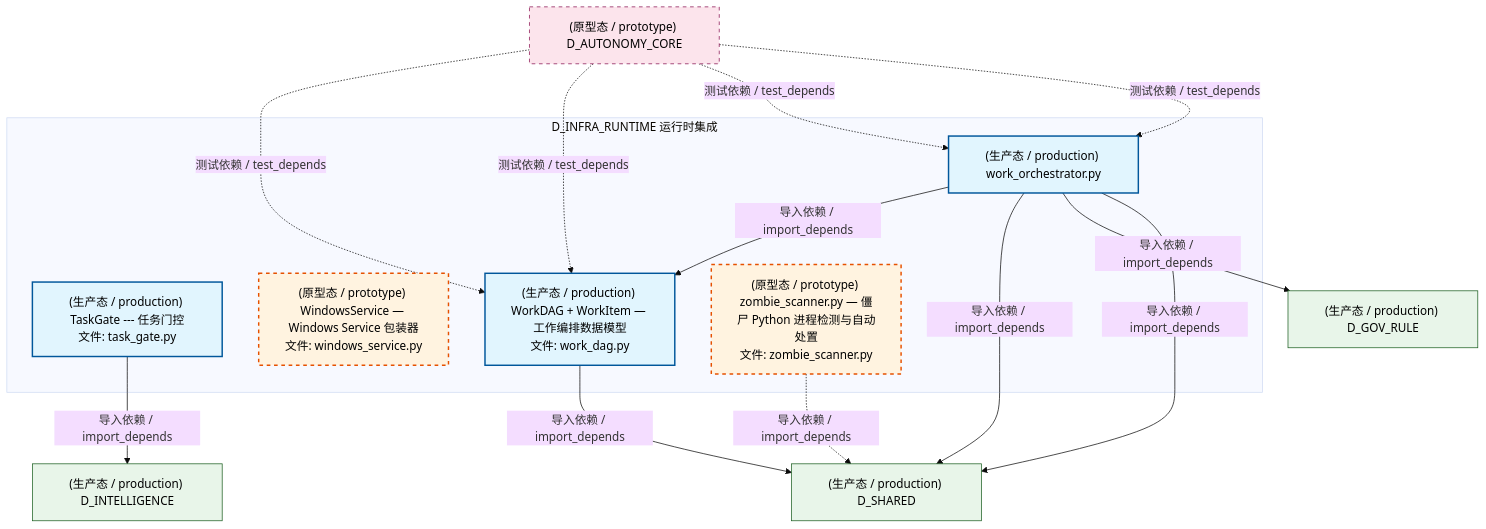
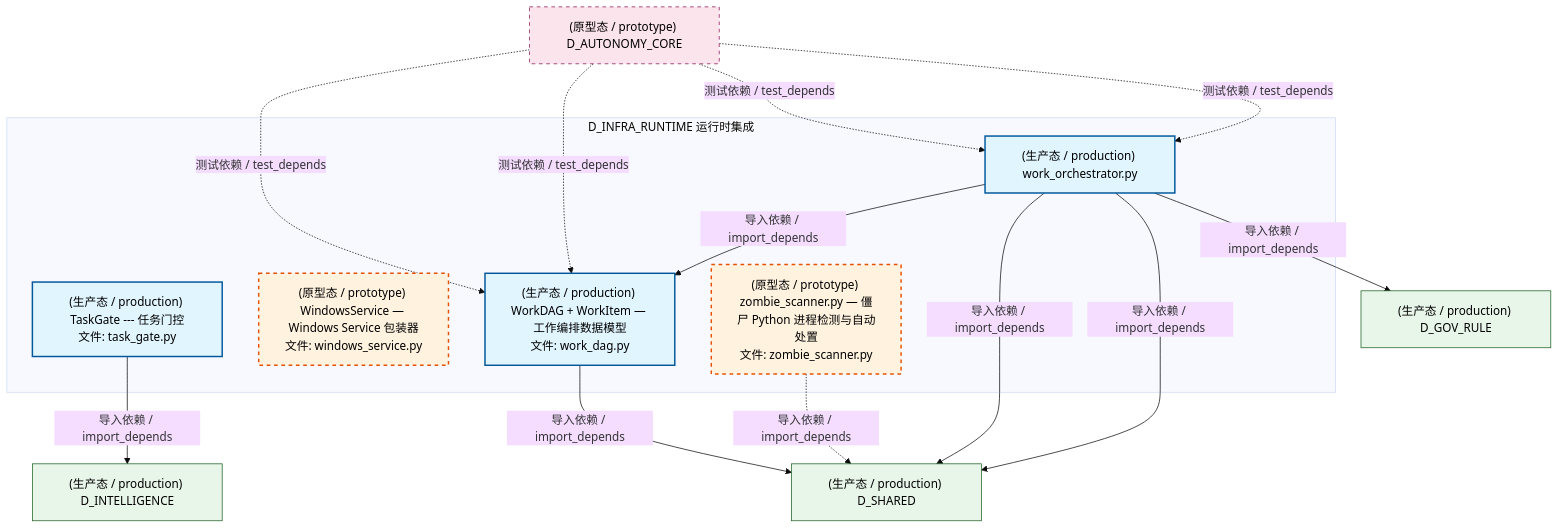
Before and after one commit to xuanFelixVan/ZephyrAlpha: the sixth of 10 diagrams in docs/02_enterprise_architecture/02_domain_architecture_docs/04_d_infra_runtime.md, drawn with Mermaid (base theme). The commit also changed other lines of this file and 103 other files, not shown here.

````diff
--- a/docs/02_enterprise_architecture/02_domain_architecture_docs/04_d_infra_runtime.md
+++ b/docs/02_enterprise_architecture/02_domain_architecture_docs/04_d_infra_runtime.md
@@ -726,33 +735,33 @@
 ```mermaid
 graph TD
     subgraph D_INFRA_RUNTIME["D_INFRA_RUNTIME 运行时集成"]
         src_zephyr_trading_task_gate_py["(生产态 / production) TaskGate --- 任务门控<br/>文件: task_gate.py"]
         src_zephyr_trading_windows_service_py["(原型态 / prototype) WindowsService — Windows Service 包装器<br/>文件: windows_service.py"]
         src_zephyr_trading_work_dag_py["(生产态 / production) WorkDAG + WorkItem — 工作编排数据模型<br/>文件: work_dag.py"]
         src_zephyr_trading_work_orchestrator_py["(生产态 / production) work_orchestrator.py"]
         src_zephyr_trading_zombie_scanner_py["(原型态 / prototype) zombie_scanner.py — 僵尸 Python 进程检测与自动处置<br/>文件: zombie_scanner.py"]
     end
     src_zephyr_trading_work_orchestrator_py -->|导入依赖 / import_depends| src_zephyr_trading_work_dag_py
     D_INTELLIGENCE["(生产态 / production) D_INTELLIGENCE"]
     src_zephyr_trading_task_gate_py -->|导入依赖 / import_depends| D_INTELLIGENCE
     D_SHARED["(生产态 / production) D_SHARED"]
     src_zephyr_trading_work_dag_py -->|导入依赖 / import_depends| D_SHARED
     src_zephyr_trading_work_orchestrator_py -->|导入依赖 / import_depends| D_SHARED
+    src_zephyr_trading_work_orchestrator_py -->|导入依赖 / import_depends| D_SHARED
     D_GOV_RULE["(生产态 / production) D_GOV_RULE"]
     src_zephyr_trading_work_orchestrator_py -->|导入依赖 / import_depends| D_GOV_RULE
-    src_zephyr_trading_work_orchestrator_py -->|导入依赖 / import_depends| D_SHARED
     src_zephyr_trading_zombie_scanner_py -.->|导入依赖 / import_depends| D_SHARED
     D_AUTONOMY_CORE["(原型态 / prototype) D_AUTONOMY_CORE"]
     D_AUTONOMY_CORE -.->|测试依赖 / test_depends| src_zephyr_trading_work_dag_py
     D_AUTONOMY_CORE -.->|测试依赖 / test_depends| src_zephyr_trading_work_dag_py
     D_AUTONOMY_CORE -.->|测试依赖 / test_depends| src_zephyr_trading_work_orchestrator_py
     D_AUTONOMY_CORE -.->|测试依赖 / test_depends| src_zephyr_trading_work_orchestrator_py
     classDef production fill:#e1f5fe,stroke:#01579b,stroke-width:2px,color:#000
     classDef design fill:#fff3e0,stroke:#e65100,stroke-width:2px,color:#000,stroke-dasharray: 5 5
     classDef external_prod fill:#e8f5e9,stroke:#1b5e20,stroke-width:1px,color:#000
     classDef external_design fill:#fce4ec,stroke:#880e4f,stroke-width:1px,color:#000,stroke-dasharray: 5 5
     class src_zephyr_trading_task_gate_py,src_zephyr_trading_work_dag_py,src_zephyr_trading_work_orchestrator_py production
     class src_zephyr_trading_windows_service_py,src_zephyr_trading_zombie_scanner_py design
     class D_INTELLIGENCE,D_SHARED,D_GOV_RULE external_prod
     class D_AUTONOMY_CORE external_design
 ```
````
